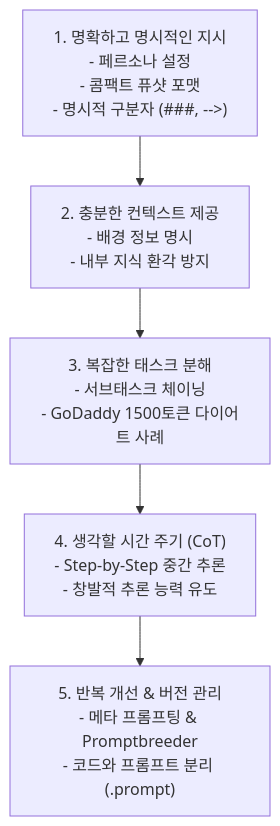
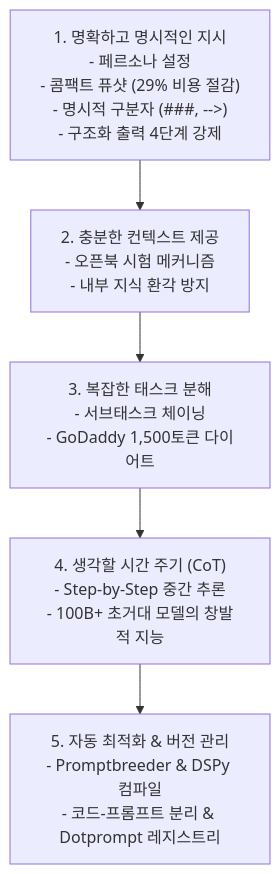
The diagram in chapter-qa/ch05-prompt-engineering-qa/02-prompt-engineering-best-practices.md (sing-u8/AI-Engineering), drawn with Mermaid before and after one commit. The commit also changed other lines of this file and 25 other files, not shown here.

````diff
--- a/chapter-qa/ch05-prompt-engineering-qa/02-prompt-engineering-best-practices.md
+++ b/chapter-qa/ch05-prompt-engineering-qa/02-prompt-engineering-best-practices.md
@@ -37,7 +37,7 @@
 ```mermaid
 flowchart TD
-    P1["1. 명확하고 명시적인 지시\n- 페르소나 설정\n- 콤팩트 퓨샷 포맷\n- 명시적 구분자 (###, -->)"] --> P2["2. 충분한 컨텍스트 제공\n- 배경 정보 명시\n- 내부 지식 환각 방지"]
-    P2 --> P3["3. 복잡한 태스크 분해\n- 서브태스크 체이닝\n- GoDaddy 1500토큰 다이어트 사례"]
-    P3 --> P4["4. 생각할 시간 주기 (CoT)\n- Step-by-Step 중간 추론\n- 창발적 추론 능력 유도"]
-    P4 --> P5["5. 반복 개선 & 버전 관리\n- 메타 프롬프팅 & Promptbreeder\n- 코드와 프롬프트 분리 (.prompt)"]
+    P1["1. 명확하고 명시적인 지시\n- 페르소나 설정\n- 콤팩트 퓨샷 (29% 비용 절감)\n- 명시적 구분자 (###, -->)\n- 구조화 출력 4단계 강제"] --> P2["2. 충분한 컨텍스트 제공\n- 오픈북 시험 메커니즘\n- 내부 지식 환각 방지"]
+    P2 --> P3["3. 복잡한 태스크 분해\n- 서브태스크 체이닝\n- GoDaddy 1,500토큰 다이어트"]
+    P3 --> P4["4. 생각할 시간 주기 (CoT)\n- Step-by-Step 중간 추론\n- 100B+ 초거대 모델의 창발적 지능"]
+    P4 --> P5["5. 자동 최적화 & 버전 관리\n- Promptbreeder & DSPy 컴파일\n- 코드-프롬프트 분리 & Dotprompt 레지스트리"]
 ```
````
